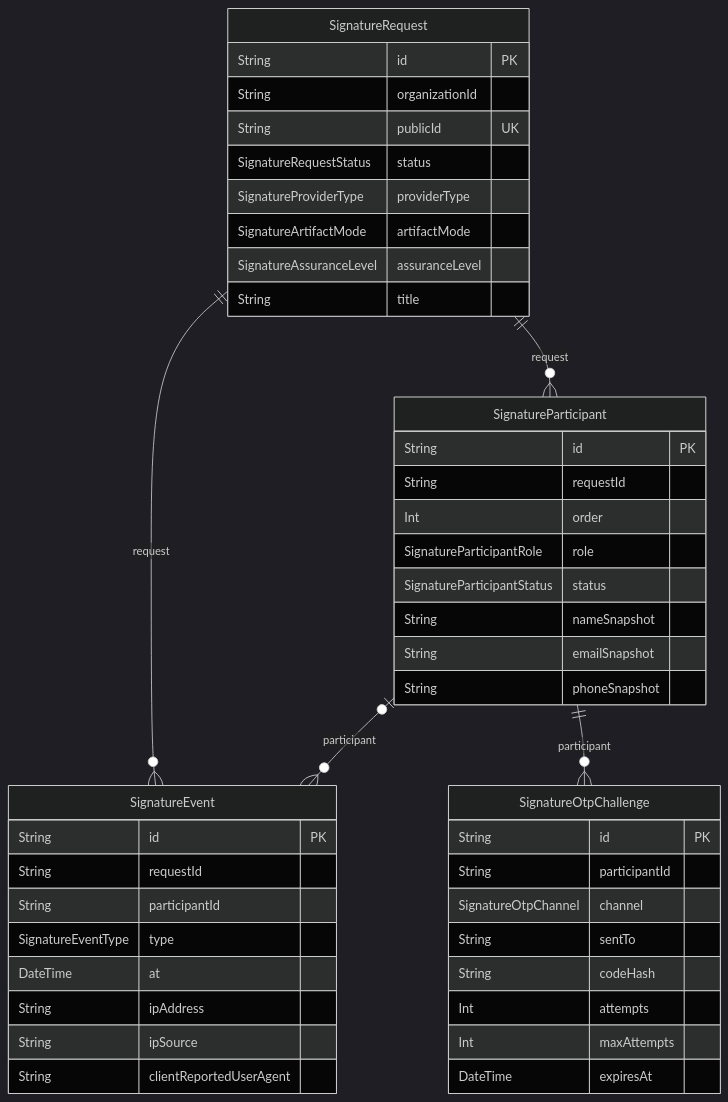
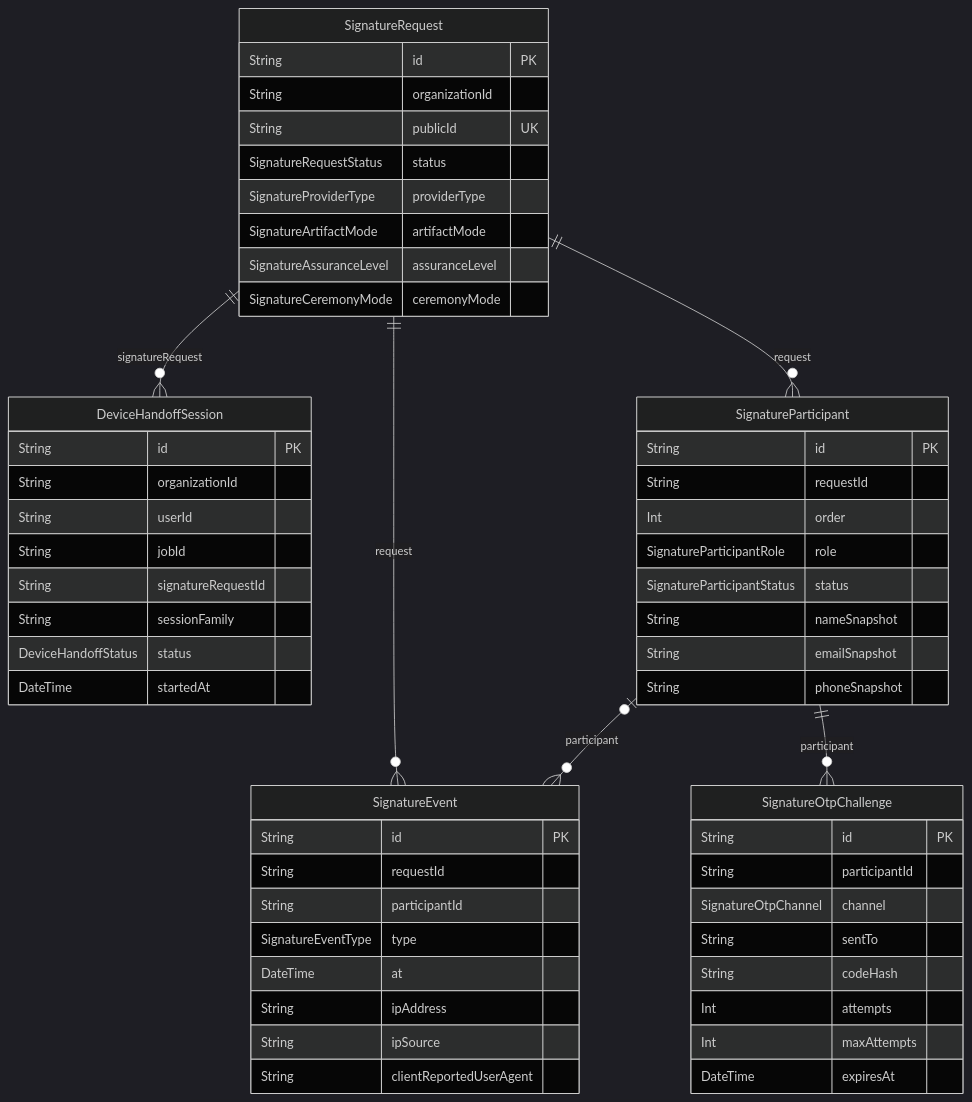
Before and after one commit to javadqasemi/Clenaris: the fourth of 13 diagrams in docs/DATABASE.md, drawn with Mermaid (dark theme). The commit also changed other lines of this file and 36 other files, not shown here.

````diff
--- a/docs/DATABASE.md
+++ b/docs/DATABASE.md
@@ -219,47 +219,58 @@
 ```mermaid
 erDiagram
   SignatureRequest {
     String id PK
     String organizationId
     String publicId UK
     SignatureRequestStatus status
     SignatureProviderType providerType
     SignatureArtifactMode artifactMode
     SignatureAssuranceLevel assuranceLevel
-    String title
+    SignatureCeremonyMode ceremonyMode
+  }
+  DeviceHandoffSession {
+    String id PK
+    String organizationId
+    String userId
+    String jobId
+    String signatureRequestId
+    String sessionFamily
+    DeviceHandoffStatus status
+    DateTime startedAt
   }
   SignatureParticipant {
     String id PK
     String requestId
     Int order
     SignatureParticipantRole role
     SignatureParticipantStatus status
     String nameSnapshot
     String emailSnapshot
     String phoneSnapshot
   }
   SignatureEvent {
     String id PK
     String requestId
     String participantId
     SignatureEventType type
     DateTime at
     String ipAddress
     String ipSource
     String clientReportedUserAgent
   }
   SignatureOtpChallenge {
     String id PK
     String participantId
     SignatureOtpChannel channel
     String sentTo
     String codeHash
     Int attempts
     Int maxAttempts
     DateTime expiresAt
   }
+  SignatureRequest ||--o{ DeviceHandoffSession : "signatureRequest"
   SignatureRequest ||--o{ SignatureParticipant : "request"
   SignatureRequest ||--o{ SignatureEvent : "request"
   SignatureParticipant |o--o{ SignatureEvent : "participant"
   SignatureParticipant ||--o{ SignatureOtpChallenge : "participant"
 ```
````
